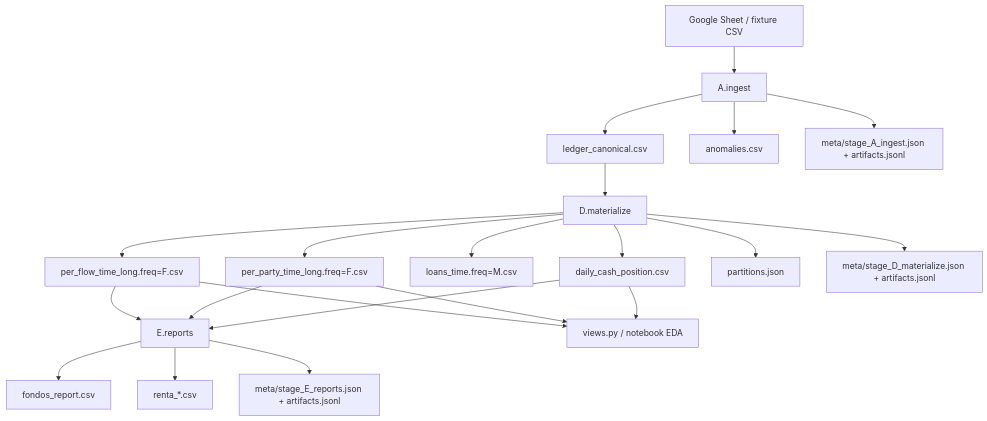
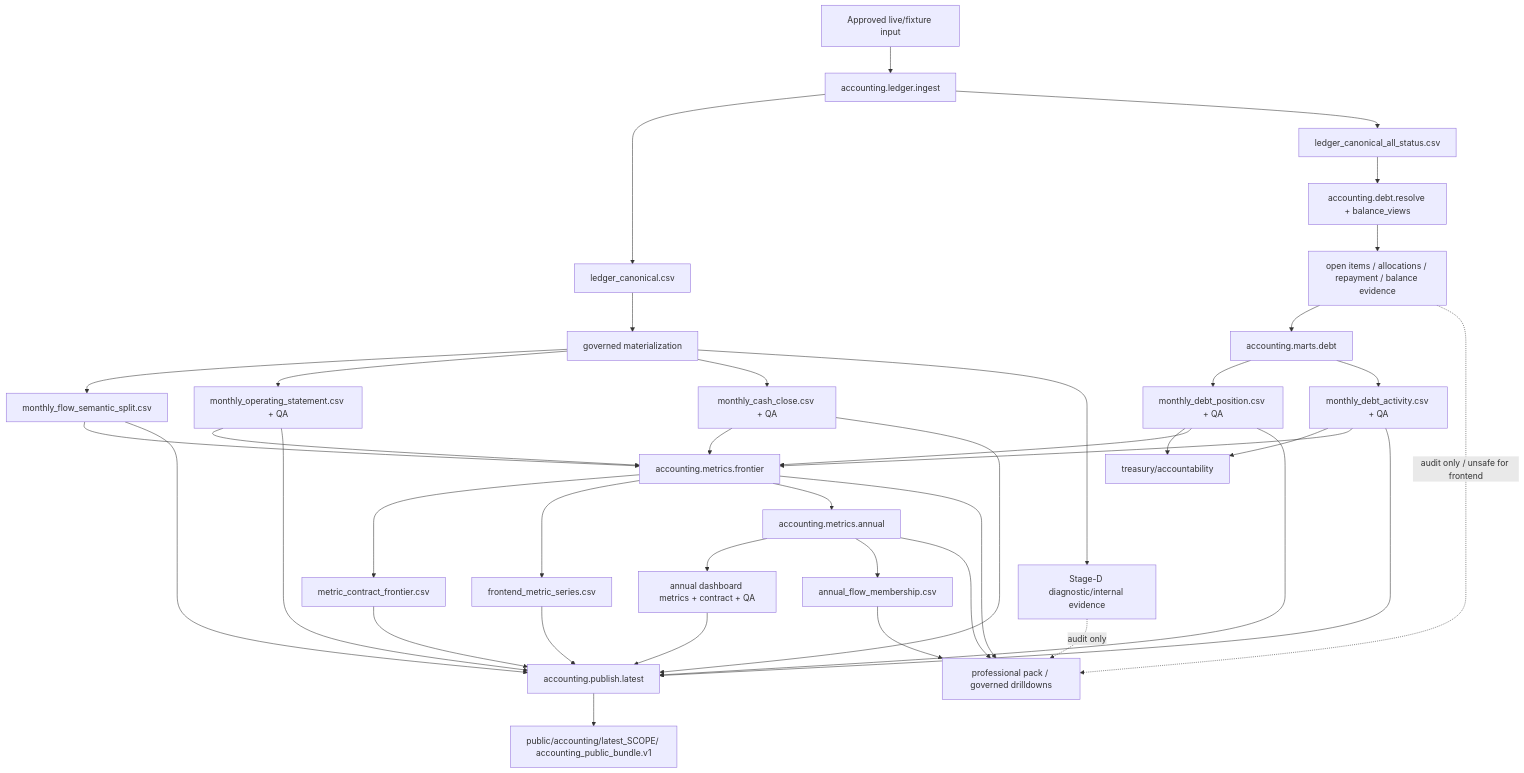
Before and after one commit to matuteiglesias/accounting-docs: the diagram in docs/notes/diagrams/data_flow.mmd, drawn with Mermaid. The commit also changed 8 other files, not shown here.

Commit message:
docs: refresh governed artifact and contract authority

```diff
--- a/docs/notes/diagrams/data_flow.mmd
+++ b/docs/notes/diagrams/data_flow.mmd
@@ -1,24 +1,47 @@
 flowchart TD
-  SRC[Google Sheet / fixture CSV] --> A[A.ingest]
-  A --> LEDGER[ledger_canonical.csv]
-  A --> ANOM[anomalies.csv]
-  A --> META_A[meta/stage_A_ingest.json + artifacts.jsonl]
+  SRC[Approved live/fixture input] --> INGEST[accounting.ledger.ingest]
+  INGEST --> LEDGER[ledger_canonical.csv]
+  INGEST --> ALLSTATUS[ledger_canonical_all_status.csv]
 
-  LEDGER --> D[D.materialize]
-  D --> PF[per_flow_time_long.freq=F.csv]
-  D --> PP[per_party_time_long.freq=F.csv]
-  D --> LOANS[loans_time.freq=M.csv]
-  D --> CASH[daily_cash_position.csv]
-  D --> PART[partitions.json]
-  D --> META_D[meta/stage_D_materialize.json + artifacts.jsonl]
+  LEDGER --> MAT[governed materialization]
+  MAT --> SEM[monthly_flow_semantic_split.csv]
+  MAT --> OPS[monthly_operating_statement.csv + QA]
+  MAT --> CASH[monthly_cash_close.csv + QA]
+  MAT --> DIAG[Stage-D diagnostic/internal evidence]
 
-  PF --> E[E.reports]
-  PP --> E
-  CASH --> E
-  E --> FONDOS[fondos_report.csv]
-  E --> RENTA[renta_*.csv]
-  E --> META_E[meta/stage_E_reports.json + artifacts.jsonl]
+  ALLSTATUS --> DEBTENG[accounting.debt.resolve + balance_views]
+  DEBTENG --> DEBTEVID[open items / allocations / repayment / balance evidence]
+  DEBTEVID --> DEBTMART[accounting.marts.debt]
+  DEBTMART --> DEBTPOS[monthly_debt_position.csv + QA]
+  DEBTMART --> DEBTACT[monthly_debt_activity.csv + QA]
+  DEBTPOS --> TREAS[treasury/accountability]
+  DEBTACT --> TREAS
 
-  PF --> V[views.py / notebook EDA]
-  PP --> V
-  CASH --> V
+  SEM --> FRONTIER[accounting.metrics.frontier]
+  OPS --> FRONTIER
+  CASH --> FRONTIER
+  DEBTPOS --> FRONTIER
+  DEBTACT --> FRONTIER
+  FRONTIER --> MCONTRACT[metric_contract_frontier.csv]
+  FRONTIER --> MSERIES[frontend_metric_series.csv]
+
+  FRONTIER --> ANNUAL[accounting.metrics.annual]
+  ANNUAL --> ADASH[annual dashboard metrics + contract + QA]
+  ANNUAL --> MEMBERS[annual_flow_membership.csv]
+
+  MCONTRACT --> PUB[accounting.publish.latest]
+  MSERIES --> PUB
+  ADASH --> PUB
+  SEM --> PUB
+  OPS --> PUB
+  CASH --> PUB
+  DEBTPOS --> PUB
+  DEBTACT --> PUB
+  PUB --> BUNDLE[public/accounting/latest_SCOPE/ accounting_public_bundle.v1]
+
+  FRONTIER --> PROF[professional pack / governed drilldowns]
+  ANNUAL --> PROF
+  MEMBERS --> PROF
+
+  DIAG -. audit only .-> PROF
+  DEBTEVID -. audit only / unsafe for frontend .-> PROF
```
